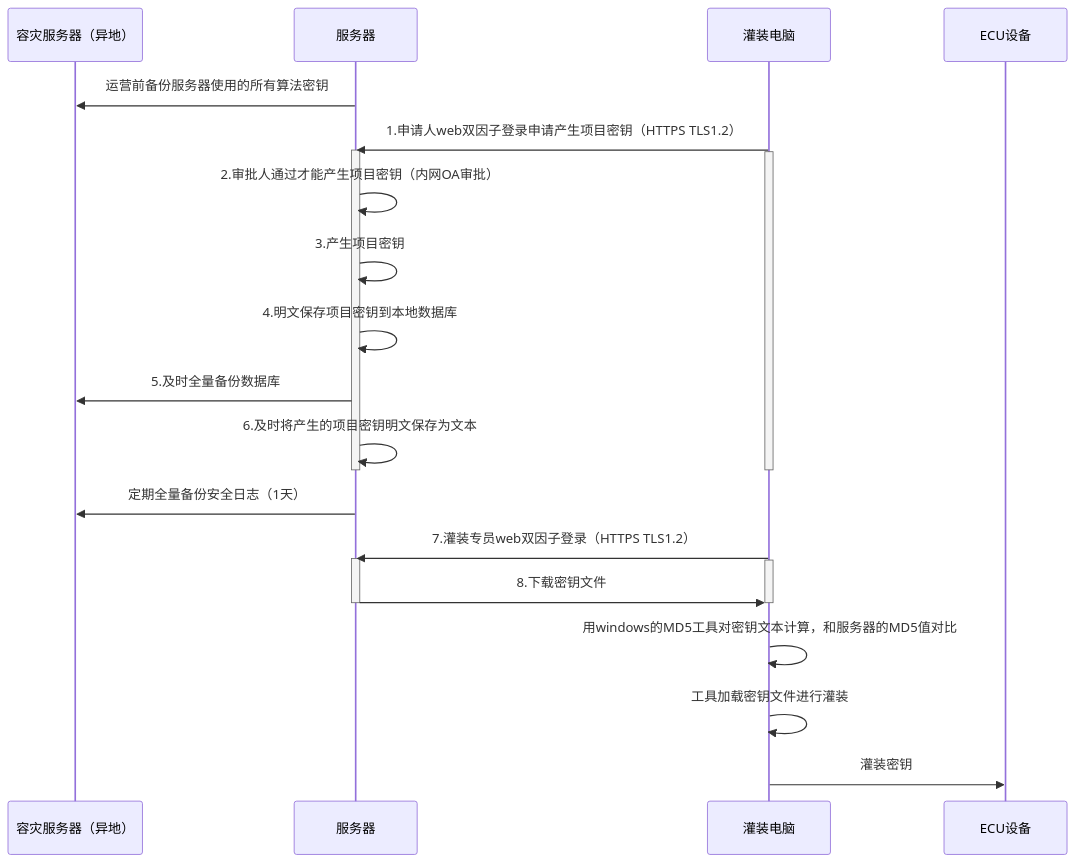
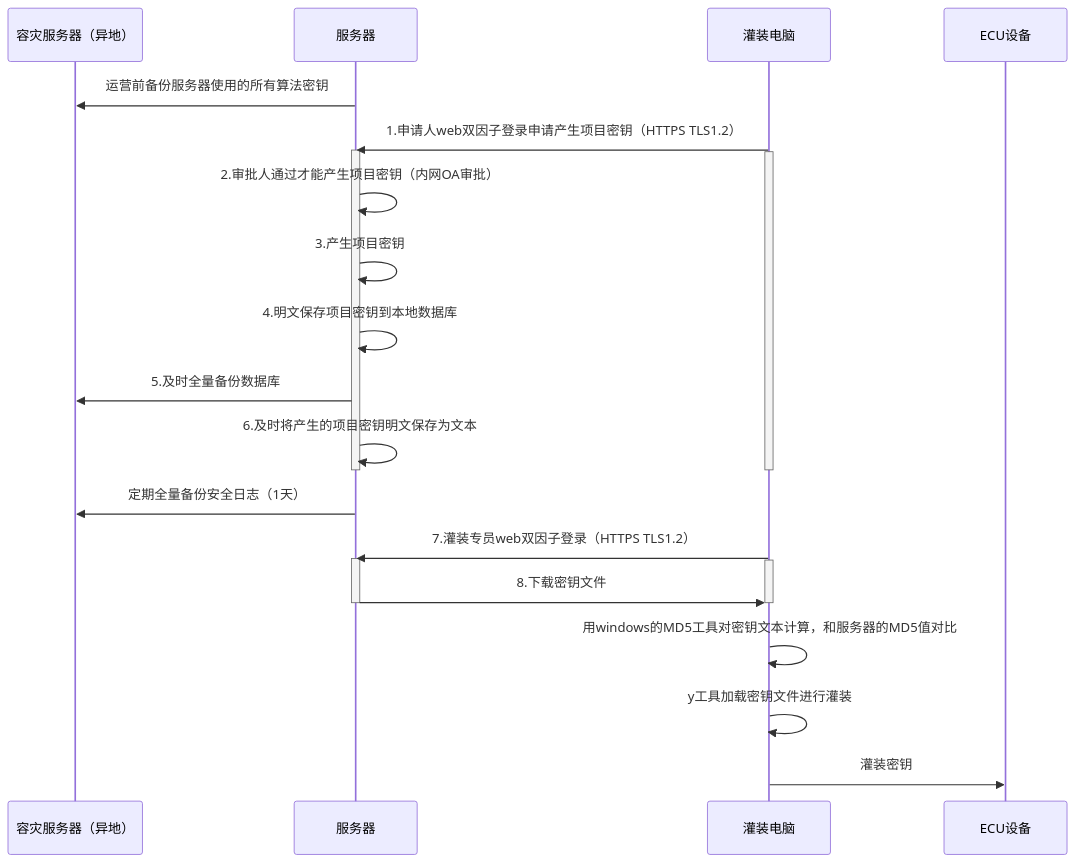
The diagram in all/未命名-17.md (facebook-cloud/iodraw-files), drawn with Mermaid before and after one commit.

Commit message:
2026-03-05 20:55:55 update

````diff
--- a/all/未命名-17.md
+++ b/all/未命名-17.md
@@ -1,33 +1,33 @@
 ```mermaid
 sequenceDiagram
     participant A as 容灾服务器（异地）
     participant B as 服务器
     participant D as 灌装电脑
     participant E as ECU设备
 
     B->>A: 运营前备份服务器使用的所有算法密钥
     D->>B: 1.申请人web双因子登录申请产生项目密钥（HTTPS TLS1.2）
     activate B
     activate D
     B->>B: 2.审批人通过才能产生项目密钥（内网OA审批）
     B->>B: 3.产生项目密钥
     B->>B: 4.明文保存项目密钥到本地数据库
     B->>A: 5.及时全量备份数据库
     B->>B: 6.及时将产生的项目密钥明文保存为文本
     deactivate B
     deactivate D
 
     B->>A: 定期全量备份安全日志（1天）
     
     D->>B: 7.灌装专员web双因子登录（HTTPS TLS1.2）
     activate B
     activate D
     B->>D: 8.下载密钥文件
     deactivate B
     deactivate D
 
     D->>D:用windows的MD5工具对密钥文本计算，和服务器的MD5值对比
-    D->>D:工具加载密钥文件进行灌装
+    D->>D:y工具加载密钥文件进行灌装
     
     D->>E: 灌装密钥
 ```
````
